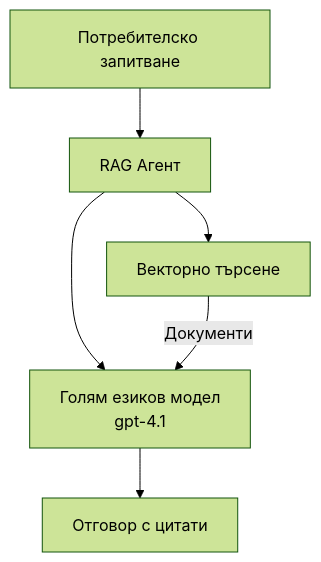
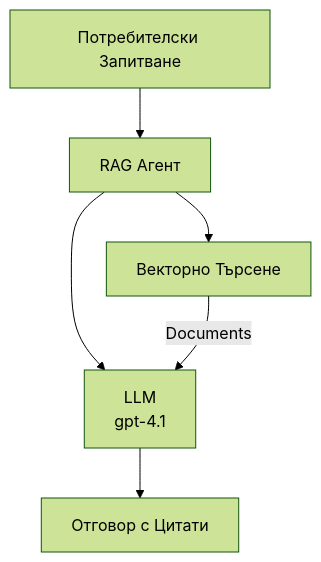
One commit to microsoft/AZD-for-beginners changed the second of 3 diagrams in translations/bg/docs/chapter-02-ai-development/agents.md. Above: the diagram before and after it, drawn with Mermaid (forest theme). The commit also changed other lines of this file and 59 other files, not shown here.

````diff
--- a/translations/bg/docs/chapter-02-ai-development/agents.md
+++ b/translations/bg/docs/chapter-02-ai-development/agents.md
@@ -181,8 +181,8 @@
 ```mermaid
 graph TD
-    Query[Потребителско запитване] --> RAG[RAG Агент]
-    RAG --> Vector[Векторно търсене]
-    RAG --> LLM[Голям езиков модел<br/>gpt-4.1]
-    Vector -- Документи --> LLM
-    LLM --> Response[Отговор с цитати]
+    Query[Потребителски Запитване] --> RAG[RAG Агент]
+    RAG --> Vector[Векторно Търсене]
+    RAG --> LLM[LLM<br/>gpt-4.1]
+    Vector -- Documents --> LLM
+    LLM --> Response[Отговор с Цитати]
 ```
````
